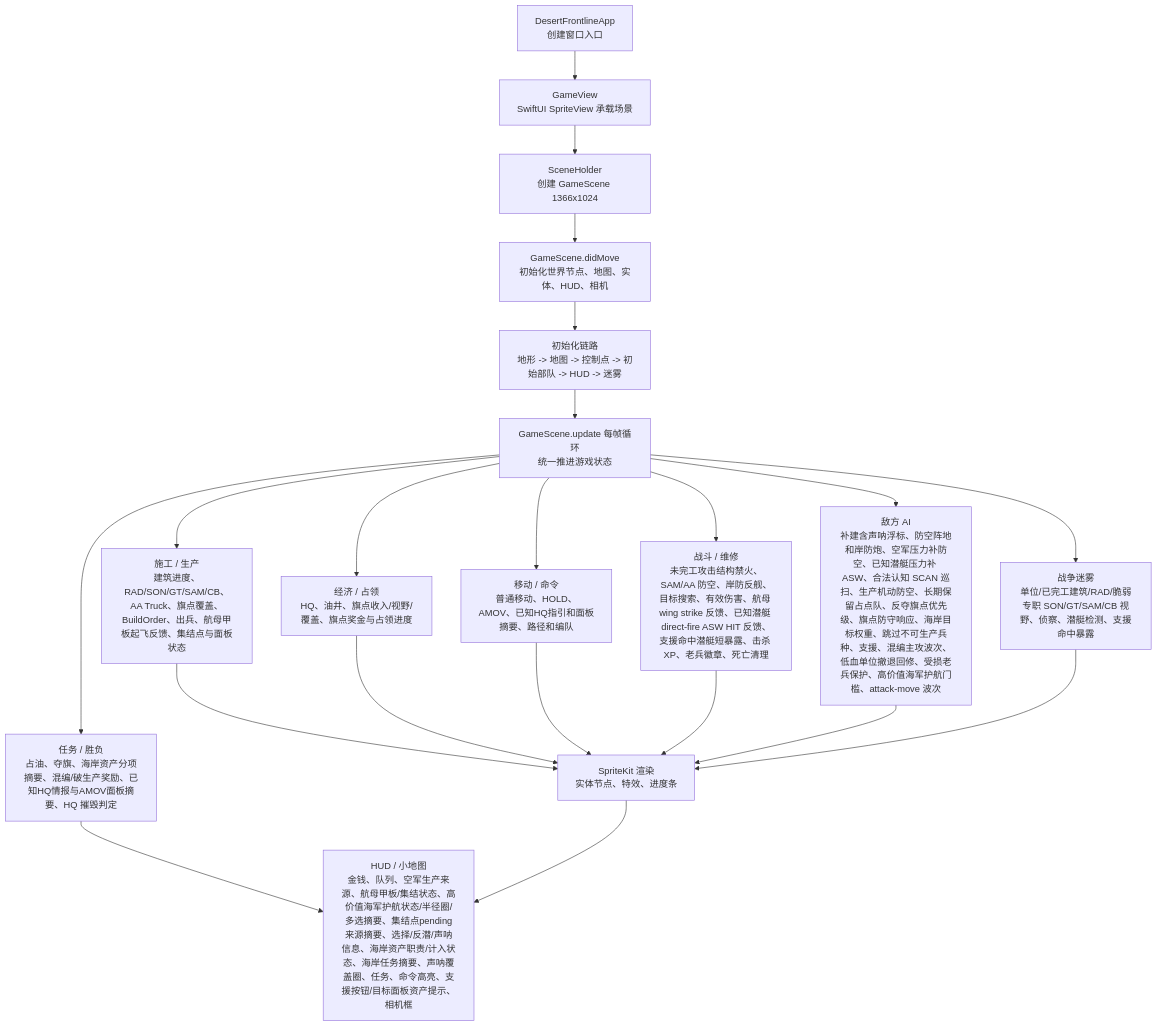
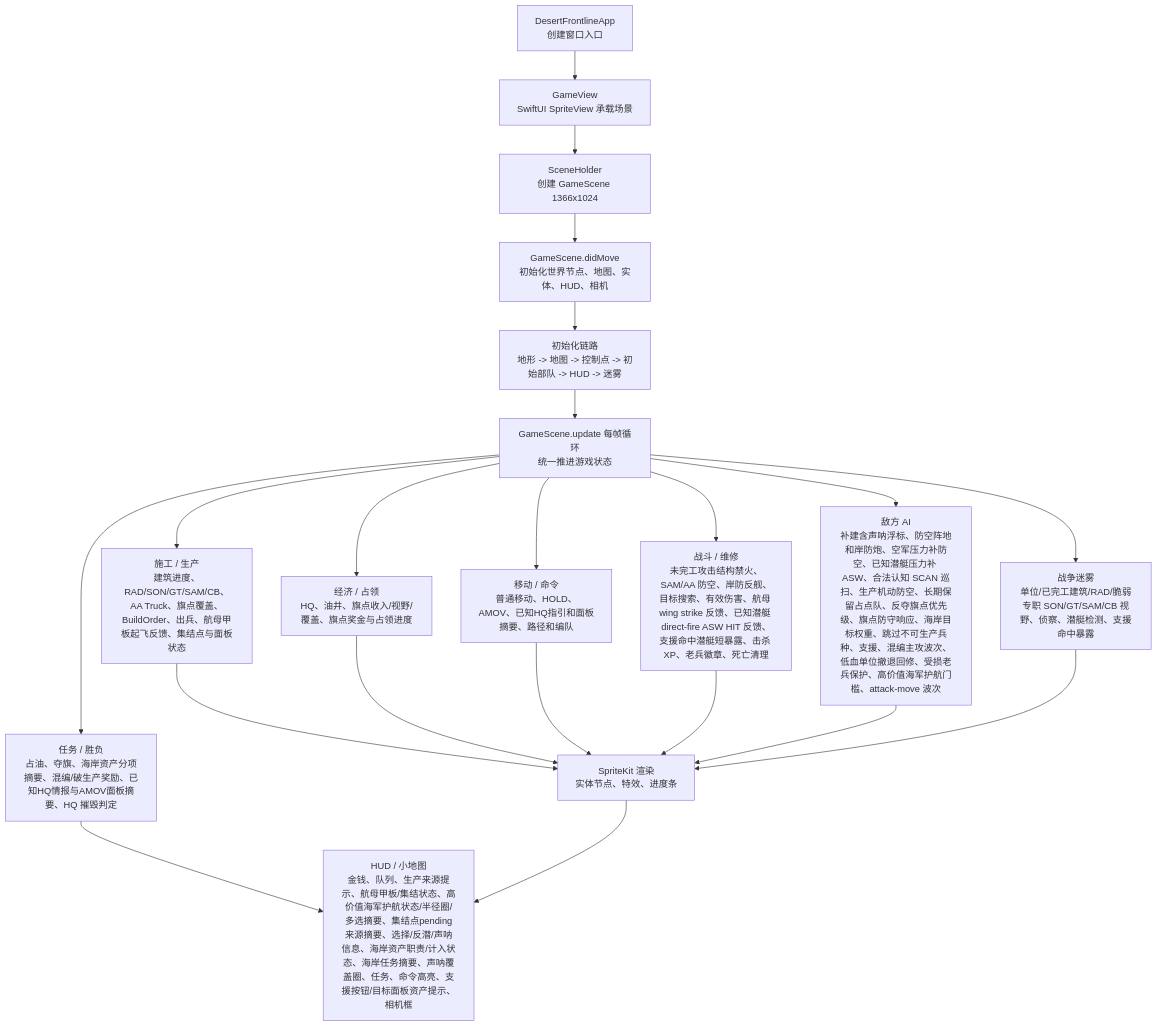
The first of 3 diagrams in md/flow/flowchart.md (Altman-sam114/1145), drawn with Mermaid before and after one commit. The commit also changed 4 other files, not shown here.

````diff
--- a/md/flow/flowchart.md
+++ b/md/flow/flowchart.md
@@ -9,23 +9,23 @@
 ```mermaid
 flowchart TD
   App["DesertFrontlineApp\n创建窗口入口"] --> View["GameView\nSwiftUI SpriteView 承载场景"]
   View --> Holder["SceneHolder\n创建 GameScene 1366x1024"]
   Holder --> Scene["GameScene.didMove\n初始化世界节点、地图、实体、HUD、相机"]
   Scene --> Init["初始化链路\n地形 -> 地图 -> 控制点 -> 初始部队 -> HUD -> 迷雾"]
   Init --> Loop["GameScene.update 每帧循环\n统一推进游戏状态"]
   Loop --> Build["施工 / 生产\n建筑进度、RAD/SON/GT/SAM/CB、AA Truck、旗点覆盖、BuildOrder、出兵、航母甲板起飞反馈、集结点与面板状态"]
   Loop --> Economy["经济 / 占领\nHQ、油井、旗点收入/视野/覆盖、旗点奖金与占领进度"]
   Loop --> Commands["移动 / 命令\n普通移动、HOLD、AMOV、已知HQ指引和面板摘要、路径和编队"]
   Loop --> Combat["战斗 / 维修\n未完工攻击结构禁火、SAM/AA 防空、岸防反舰、目标搜索、有效伤害、航母 wing strike 反馈、已知潜艇 direct-fire ASW HIT 反馈、支援命中潜艇短暴露、击杀 XP、老兵徽章、死亡清理"]
   Loop --> AI["敌方 AI\n补建含声呐浮标、防空阵地和岸防炮、空军压力补防空、已知潜艇压力补 ASW、合法认知 SCAN 巡扫、生产机动防空、长期保留占点队、反夺旗点优先级、旗点防守响应、海岸目标权重、跳过不可生产兵种、支援、混编主攻波次、低血单位撤退回修、受损老兵保护、高价值海军护航门槛、attack-move 波次"]
   Loop --> Fog["战争迷雾\n单位/已完工建筑/RAD/脆弱专职 SON/GT/SAM/CB 视野、侦察、潜艇检测、支援命中暴露"]
   Loop --> Mission["任务 / 胜负\n占油、夺旗、海岸资产分项摘要、混编/破生产奖励、已知HQ情报与AMOV面板摘要、HQ 摧毁判定"]
   Build --> Render["SpriteKit 渲染\n实体节点、特效、进度条"]
   Economy --> Render
   Commands --> Render
   Combat --> Render
   AI --> Render
   Fog --> Render
-  Mission --> HUD["HUD / 小地图\n金钱、队列、空军生产来源、航母甲板/集结状态、高价值海军护航状态/半径圈/多选摘要、集结点pending来源摘要、选择/反潜/声呐信息、海岸资产职责/计入状态、海岸任务摘要、声呐覆盖圈、任务、命令高亮、支援按钮/目标面板资产提示、相机框"]
+  Mission --> HUD["HUD / 小地图\n金钱、队列、生产来源提示、航母甲板/集结状态、高价值海军护航状态/半径圈/多选摘要、集结点pending来源摘要、选择/反潜/声呐信息、海岸资产职责/计入状态、海岸任务摘要、声呐覆盖圈、任务、命令高亮、支援按钮/目标面板资产提示、相机框"]
   Render --> HUD
 ```
````
